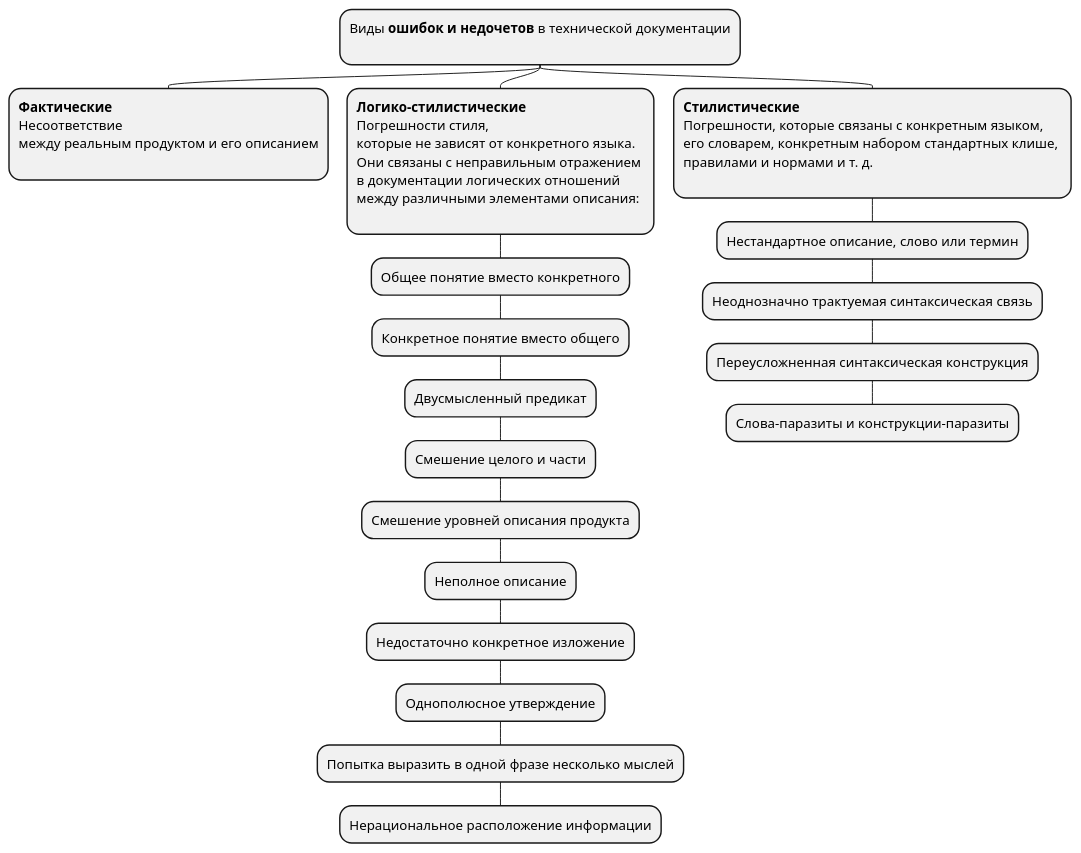
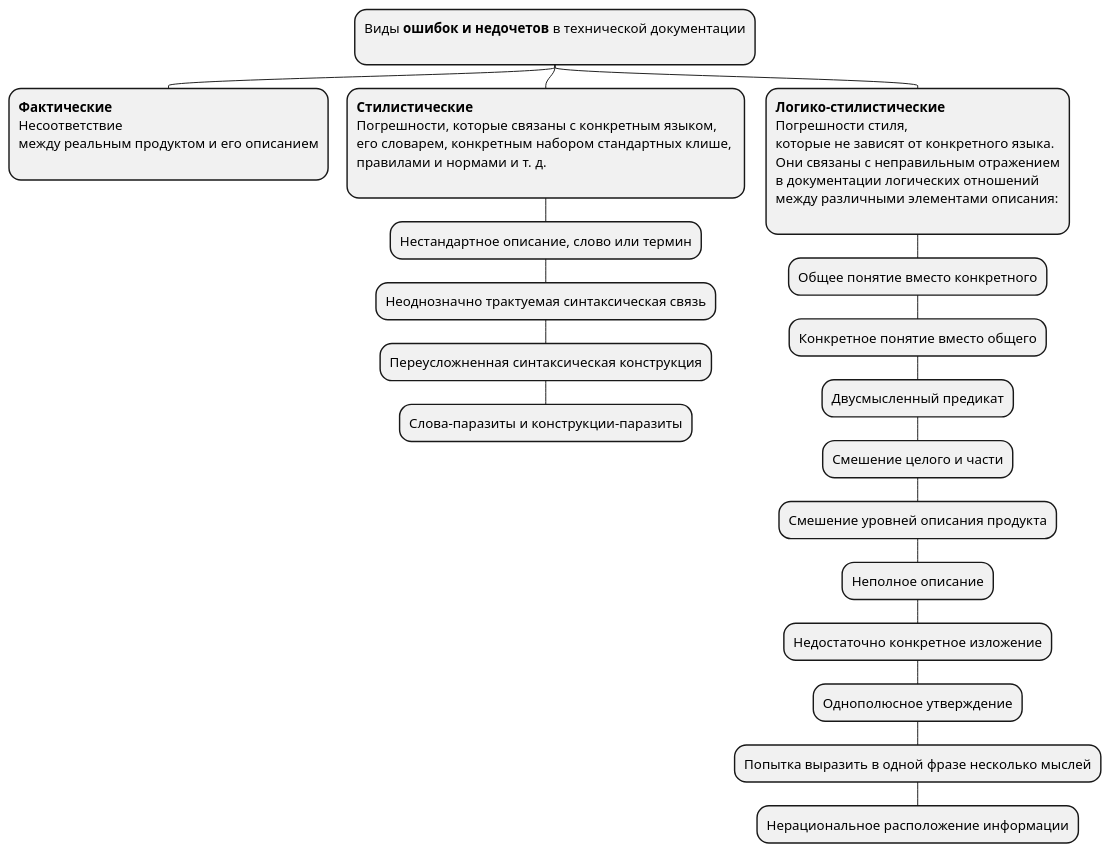
The second of 2 diagrams in UML/example.md (mrbrhnv/learning-course), drawn with PlantUML before and after one commit.

```diff
--- a/UML/example.md
+++ b/UML/example.md
@@ -17,39 +17,40 @@
 @startmindmap
 top to bottom direction
 *:Виды **ошибок и недочетов** в технической документации
 ;
   **:**Фактические**
 Несоответствие 
 между реальным продуктом и его описанием
   ;
 
-  **:**Логико-стилистические**
-Погрешности стиля, 
-которые не зависят от конкретного языка. 
-Они связаны с неправильным отражением 
+  **:**Стилистические**
+Погрешности, которые связаны с конкретным языком, 
+его словарем, конкретным набором стандартных клише, 
+правилами и нормами и т. д.
+;
+
+    *** Нестандартное описание, слово или термин
+    **** Неоднозначно трактуемая синтаксическая связь
+    ***** Переусложненная синтаксическая конструкция
+    ****** Слова-паразиты и конструкции-паразиты
+
+**:**Логико-стилистические**
+Погрешности стиля,
+которые не зависят от конкретного языка.
+Они связаны с неправильным отражением
 в документации логических отношений
 между различными элементами описания:
-  ;
+;
 
     *** Общее понятие вместо конкретного
     **** Конкретное понятие вместо общего
     ***** Двусмысленный предикат
     ****** Смешение целого и части
     ******* Смешение уровней описания продукта
     ******** Неполное описание
     ********* Недостаточно конкретное изложение
     ********** Однополюсное утверждение
     *********** Попытка выразить в одной фразе несколько мыслей
     ************ Нерациональное расположение информации
 
-  **:**Стилистические**
-Погрешности, которые связаны с конкретным языком, 
-его словарем, конкретным набором стандартных клише, 
-правилами и нормами и т. д.
-;
-
-    *** Нестандартное описание, слово или термин
-    **** Неоднозначно трактуемая синтаксическая связь
-    ***** Переусложненная синтаксическая конструкция
-    ****** Слова-паразиты и конструкции-паразиты
 @endmindmap
```
